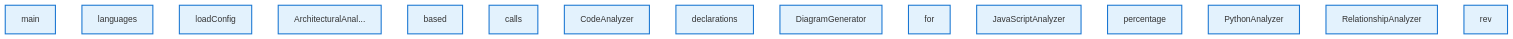
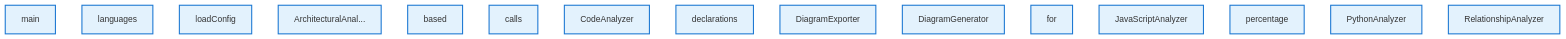
The diagram in docs/architecture/layerFocus_unknown.md (samjhill/diagrammer), drawn with Mermaid before and after one commit. The commit also changed other lines of this file and 73 other files, not shown here.

Commit message:
docs: Update architecture diagrams [skip ci]

````diff
--- a/docs/architecture/layerFocus_unknown.md
+++ b/docs/architecture/layerFocus_unknown.md
@@ -22,37 +22,37 @@
 ```mermaid
 graph TB
   classDef component fill:#e3f2fd,stroke:#1976d2,stroke-width:2px
   classDef external fill:#ffebee,stroke:#c62828,stroke-width:2px
   classDef internal fill:#e8f5e8,stroke:#2e7d32,stroke-width:2px
   main["main"]
   main:::component
   languages["languages"]
   languages:::component
   loadConfig["loadConfig"]
   loadConfig:::component
   ArchitecturalAnalyzer["ArchitecturalAnal..."]
   ArchitecturalAnalyzer:::component
   based["based"]
   based:::component
   calls["calls"]
   calls:::component
   CodeAnalyzer["CodeAnalyzer"]
   CodeAnalyzer:::component
   declarations["declarations"]
   declarations:::component
+  DiagramExporter["DiagramExporter"]
+  DiagramExporter:::component
   DiagramGenerator["DiagramGenerator"]
   DiagramGenerator:::component
   for["for"]
   for:::component
   JavaScriptAnalyzer["JavaScriptAnalyzer"]
   JavaScriptAnalyzer:::component
   percentage["percentage"]
   percentage:::component
   PythonAnalyzer["PythonAnalyzer"]
   PythonAnalyzer:::component
   RelationshipAnalyzer["RelationshipAnalyzer"]
   RelationshipAnalyzer:::component
-  rev["rev"]
-  rev:::component
 
 ```
````
